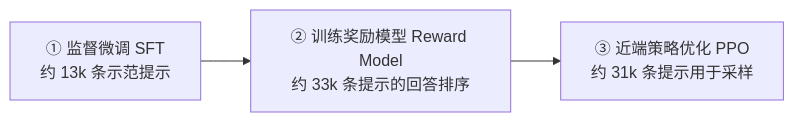
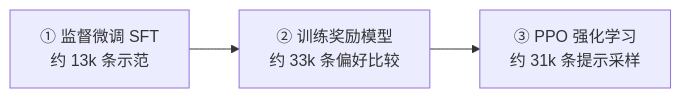
One commit to AI-learning-simple/Build-Your-Own-LLM changed the first of 3 diagrams in 2. Alignment 与训练工程/1. 模型对齐（Alignment）——从基础模型到对话助手.md. Above: the diagram before and after it, drawn with Mermaid. The commit also changed other lines of this file and 65 other files, not shown here.

````diff
--- a/2. Alignment 与训练工程/1. 模型对齐（Alignment）——从基础模型到对话助手.md
+++ b/2. Alignment 与训练工程/1. 模型对齐（Alignment）——从基础模型到对话助手.md
@@ -129,4 +130,4 @@
 ```mermaid
 flowchart LR
-    A["① 监督微调 SFT<br/>约 13k 条示范提示"] --> B["② 训练奖励模型 Reward Model<br/>约 33k 条提示的回答排序"] --> C["③ 近端策略优化 PPO<br/>约 31k 条提示用于采样"]
+    A["① 监督微调 SFT<br/>约 13k 条示范"] --> B["② 训练奖励模型<br/>约 33k 条偏好比较"] --> C["③ PPO 强化学习<br/>约 31k 条提示采样"]
 ```
````
